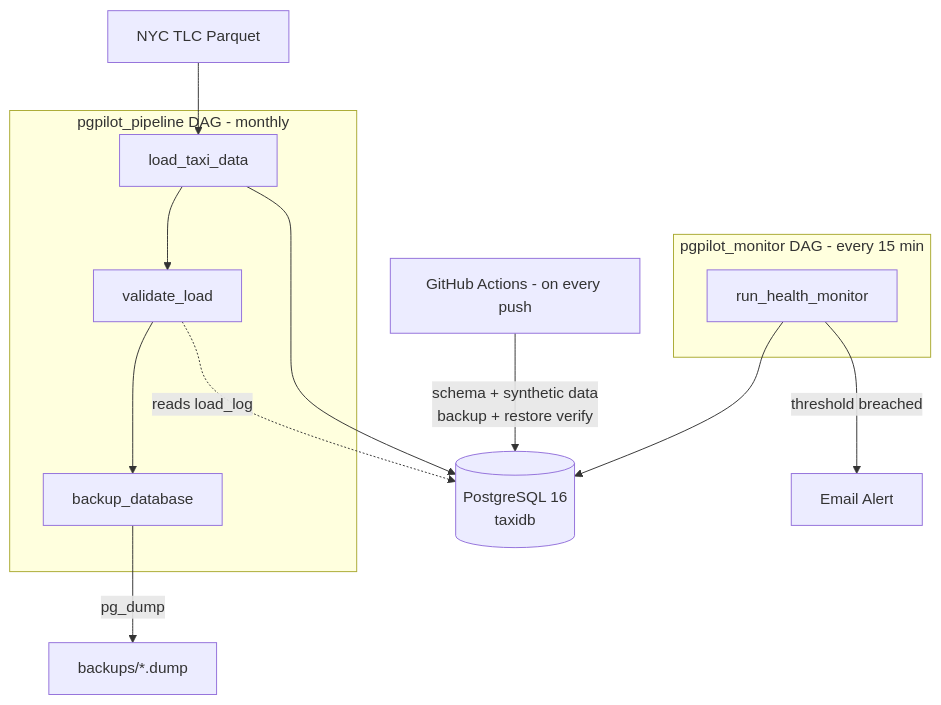
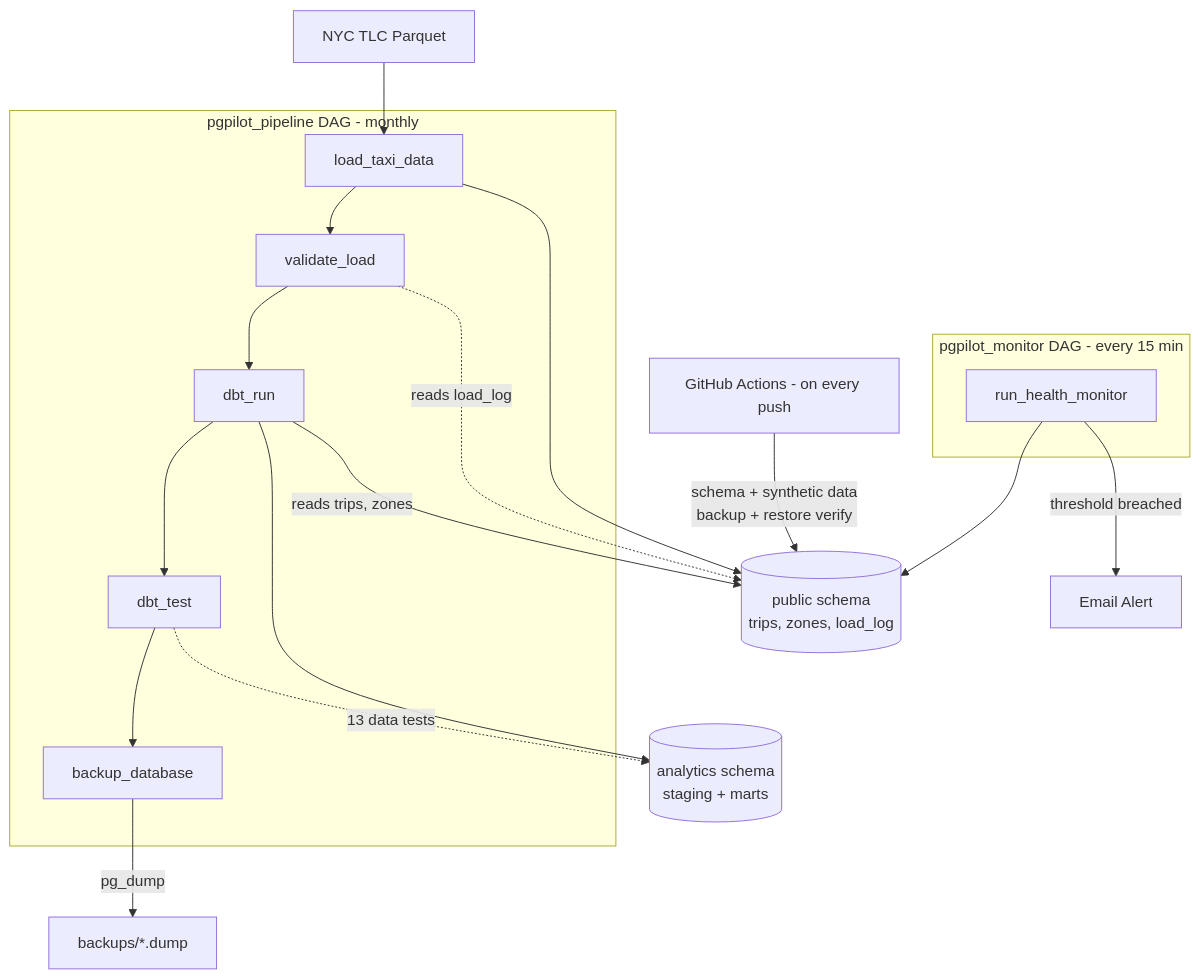
One commit to HerrerAaron/PGPilot changed the diagram in README.md. Above: the diagram before and after it, drawn with Mermaid. The commit also changed other lines of this file and 13 other files, not shown here.

````diff
--- a/README.md
+++ b/README.md
@@ -39,20 +42,23 @@
 ```mermaid
 graph TD
     PARQUET[NYC TLC Parquet] --> LOAD
 
     subgraph PIPELINE [pgpilot_pipeline DAG - monthly]
-        LOAD[load_taxi_data] --> VALIDATE[validate_load] --> BACKUP[backup_database]
+        LOAD[load_taxi_data] --> VALIDATE[validate_load] --> DBTRUN[dbt_run] --> DBTTEST[dbt_test] --> BACKUP[backup_database]
     end
 
     subgraph MONITORDAG [pgpilot_monitor DAG - every 15 min]
         MONITOR[run_health_monitor]
     end
 
-    LOAD --> DB[(PostgreSQL 16\ntaxidb)]
-    VALIDATE -.->|reads load_log| DB
+    LOAD --> PUBLIC[(public schema\ntrips, zones, load_log)]
+    VALIDATE -.->|reads load_log| PUBLIC
+    DBTRUN -->|reads trips, zones| PUBLIC
+    DBTRUN --> ANALYTICS[(analytics schema\nstaging + marts)]
+    DBTTEST -.->|13 data tests| ANALYTICS
     BACKUP -->|pg_dump| DUMP[backups/*.dump]
-    MONITOR --> DB
+    MONITOR --> PUBLIC
     MONITOR -->|threshold breached| EMAIL[Email Alert]
 
-    CI[GitHub Actions - on every push] -->|schema + synthetic data\nbackup + restore verify| DB
+    CI[GitHub Actions - on every push] -->|schema + synthetic data\nbackup + restore verify| PUBLIC
 ```
````
